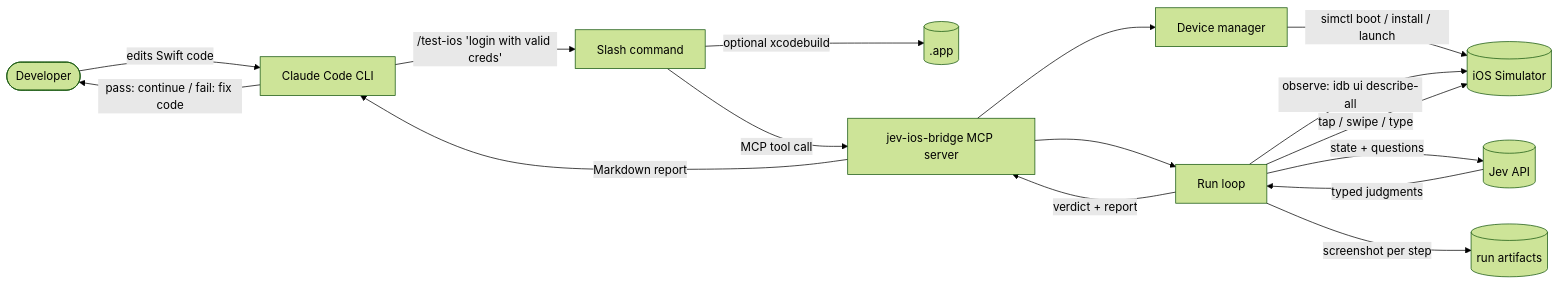
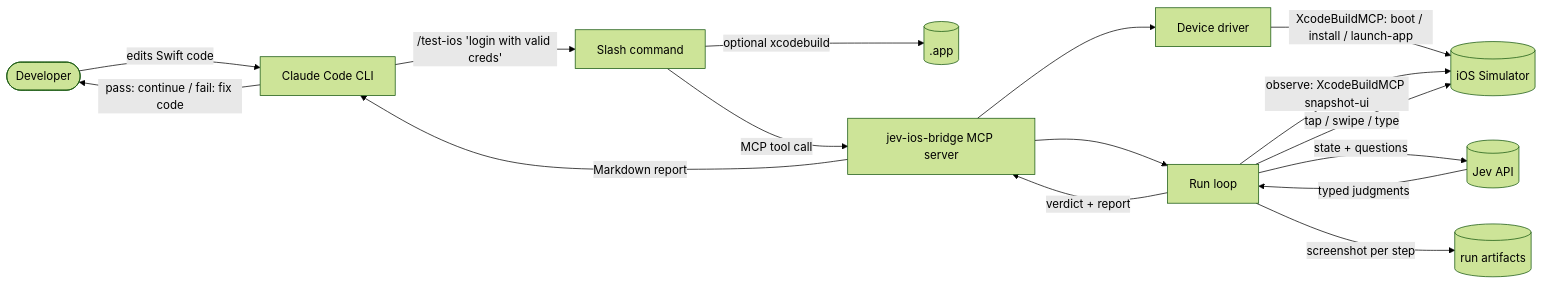
The first of 2 diagrams in docs/architecture.md (hugues-vnsgn/jev-ios-bridge), drawn with Mermaid (forest theme) before and after one commit. The commit also changed other lines of this file and 11 other files, not shown here.

First line of the commit message:
Adopt XcodeBuildMCP as the device layer (ADR-0002)

````diff
--- a/docs/architecture.md
+++ b/docs/architecture.md
@@ -7,18 +9,18 @@
 ```mermaid
 flowchart LR
     Dev([Developer]) -->|edits Swift code| CC[Claude Code CLI]
     CC -->|"/test-ios 'login with valid creds'"| Cmd[Slash command]
     Cmd -->|optional xcodebuild| Build[(.app)]
     Cmd -->|MCP tool call| MCP[jev-ios-bridge MCP server]
-    MCP --> DM[Device manager]
-    DM -->|simctl boot / install / launch| Sim[(iOS Simulator)]
+    MCP --> DM[Device driver]
+    DM -->|XcodeBuildMCP: boot / install / launch-app| Sim[(iOS Simulator)]
     MCP --> Loop[Run loop]
-    Loop -->|observe: idb ui describe-all| Sim
+    Loop -->|observe: XcodeBuildMCP snapshot-ui| Sim
     Loop -->|state + questions| Jev[(Jev API)]
     Jev -->|typed judgments| Loop
     Loop -->|tap / swipe / type| Sim
     Loop -->|screenshot per step| Art[(run artifacts)]
     Loop -->|verdict + report| MCP
     MCP -->|Markdown report| CC
     CC -->|pass: continue / fail: fix code| Dev
 ```
````
